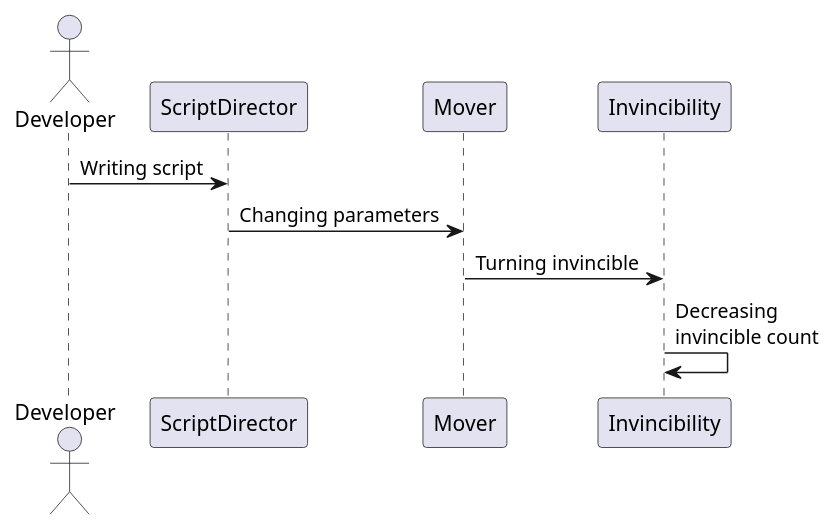
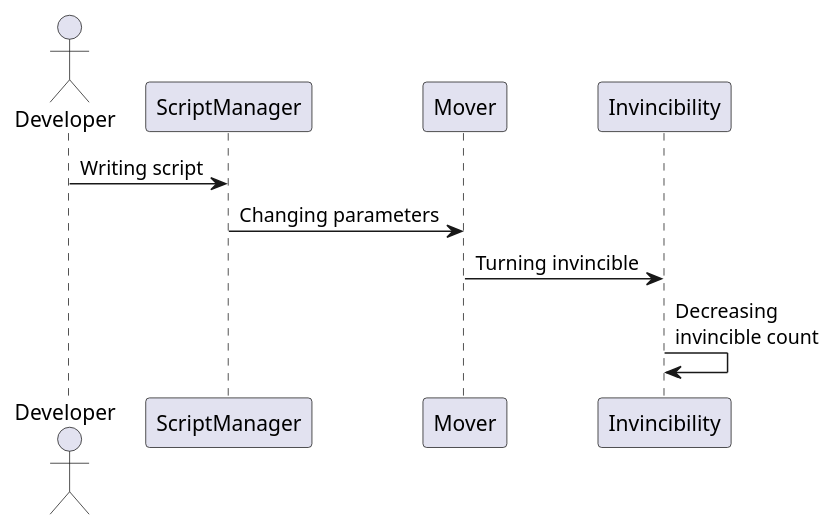
Before and after one commit to Wandao123/shmup_like_touhou: the third of 3 diagrams in docs/changing_state.pu, drawn with PlantUML. The commit also changed other lines of this file and 4 other files, not shown here.

```diff
--- a/docs/changing_state.pu
+++ b/docs/changing_state.pu
@@ -28,11 +28,11 @@
 @startuml TurningInvincible
 actor Developer
-participant ScriptDirector
+participant ScriptManager
 participant Mover
 participant Invincibility
 
-Developer -> ScriptDirector : Writing script
-ScriptDirector -> Mover : Changing parameters
+Developer -> ScriptManager : Writing script
+ScriptManager -> Mover : Changing parameters
 Mover -> Invincibility : Turning invincible
 Invincibility -> Invincibility : Decreasing\ninvincible count
 @enduml
```
